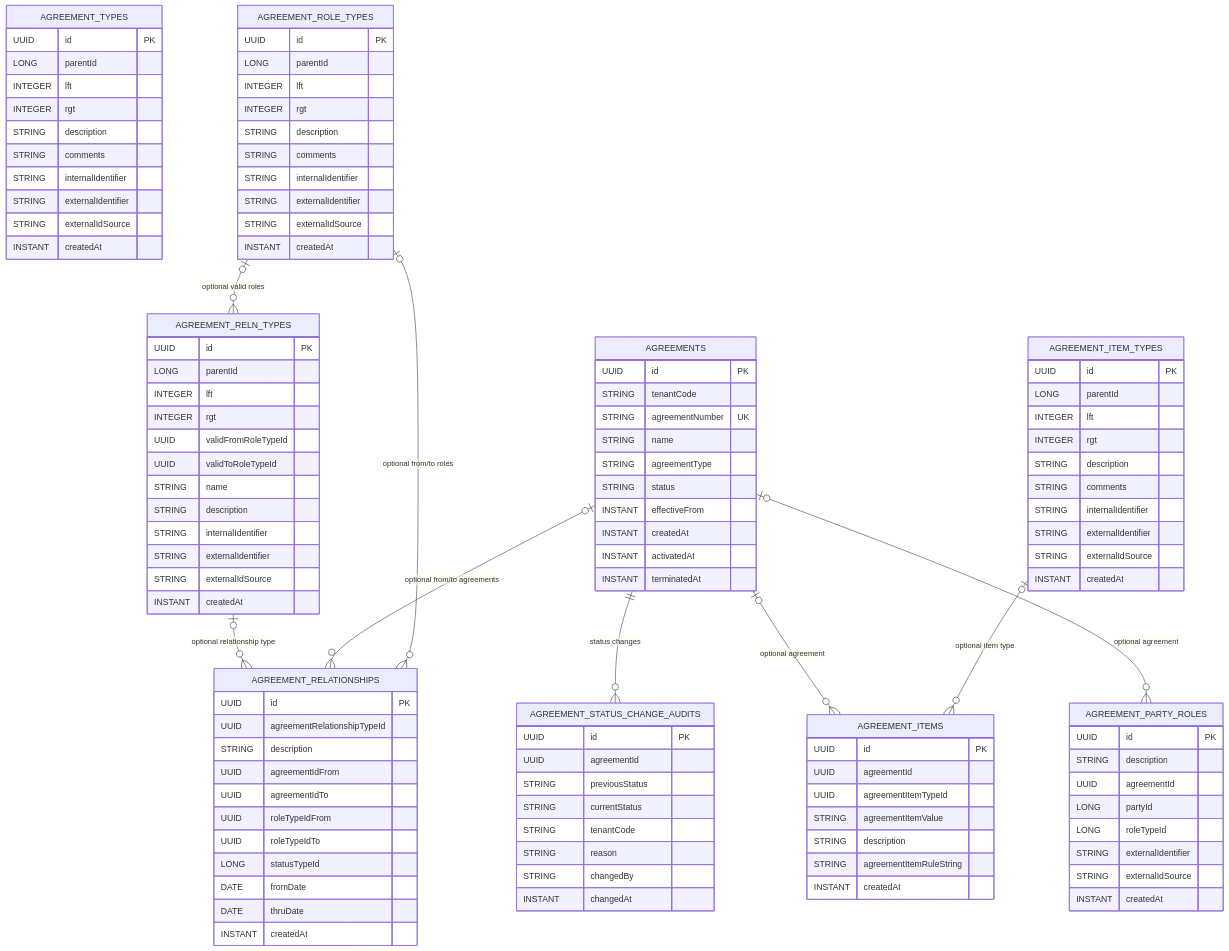
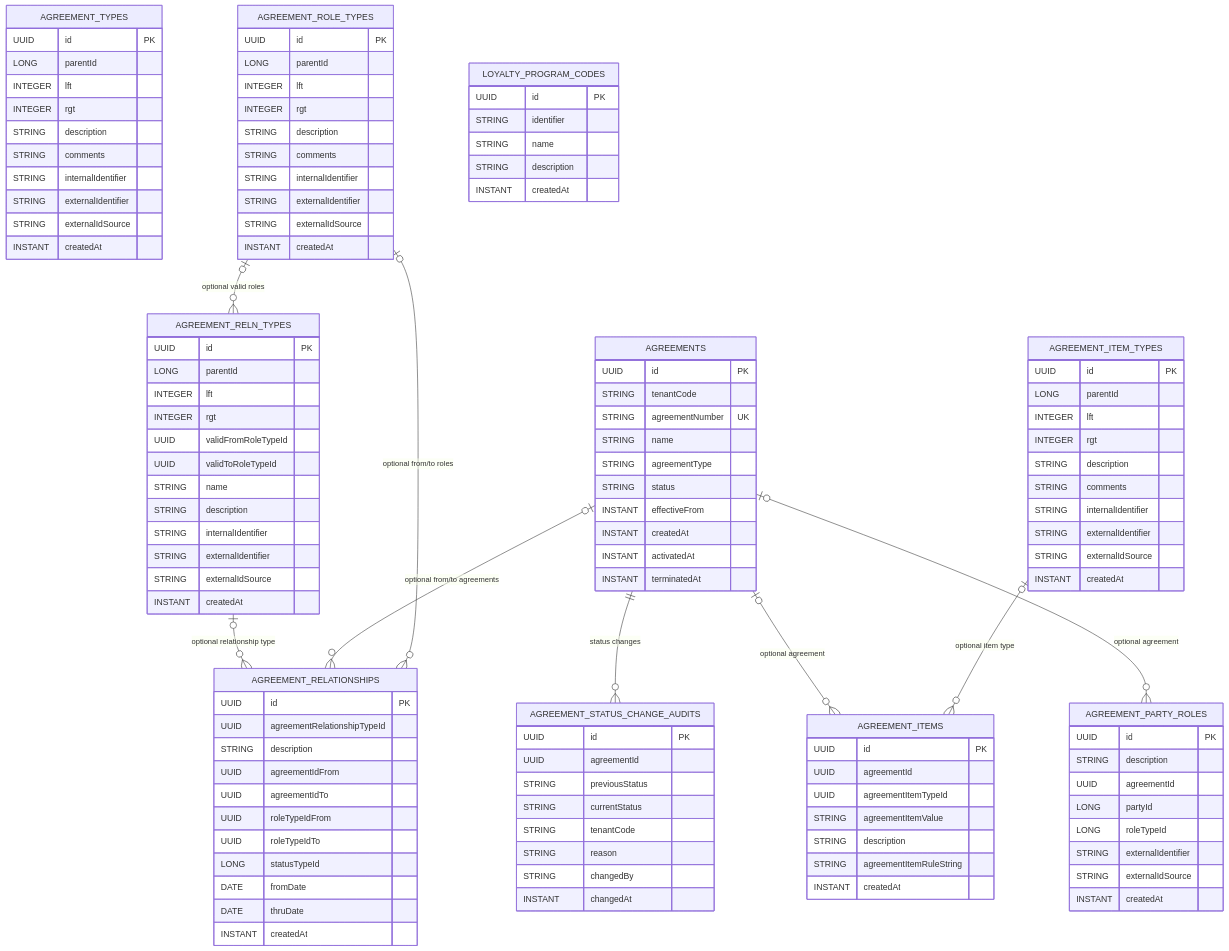
One commit to ArcanaERP/platform changed the diagram in docs/agreements-data-model.md. Above: the diagram before and after it, drawn with Mermaid. The commit also changed other lines of this file and 12 other files, not shown here.

Commit message:
Add loyalty program code parity

```diff
--- a/docs/agreements-data-model.md
+++ b/docs/agreements-data-model.md
@@ -110,6 +110,13 @@
       DATE thruDate
       INSTANT createdAt
     }
+    LOYALTY_PROGRAM_CODES {
+      UUID id PK
+      STRING identifier
+      STRING name
+      STRING description
+      INSTANT createdAt
+    }
     AGREEMENTS ||--o{ AGREEMENT_STATUS_CHANGE_AUDITS : "status changes"
     AGREEMENTS o|--o{ AGREEMENT_ITEMS : "optional agreement"
     AGREEMENT_ITEM_TYPES o|--o{ AGREEMENT_ITEMS : "optional item type"
```
